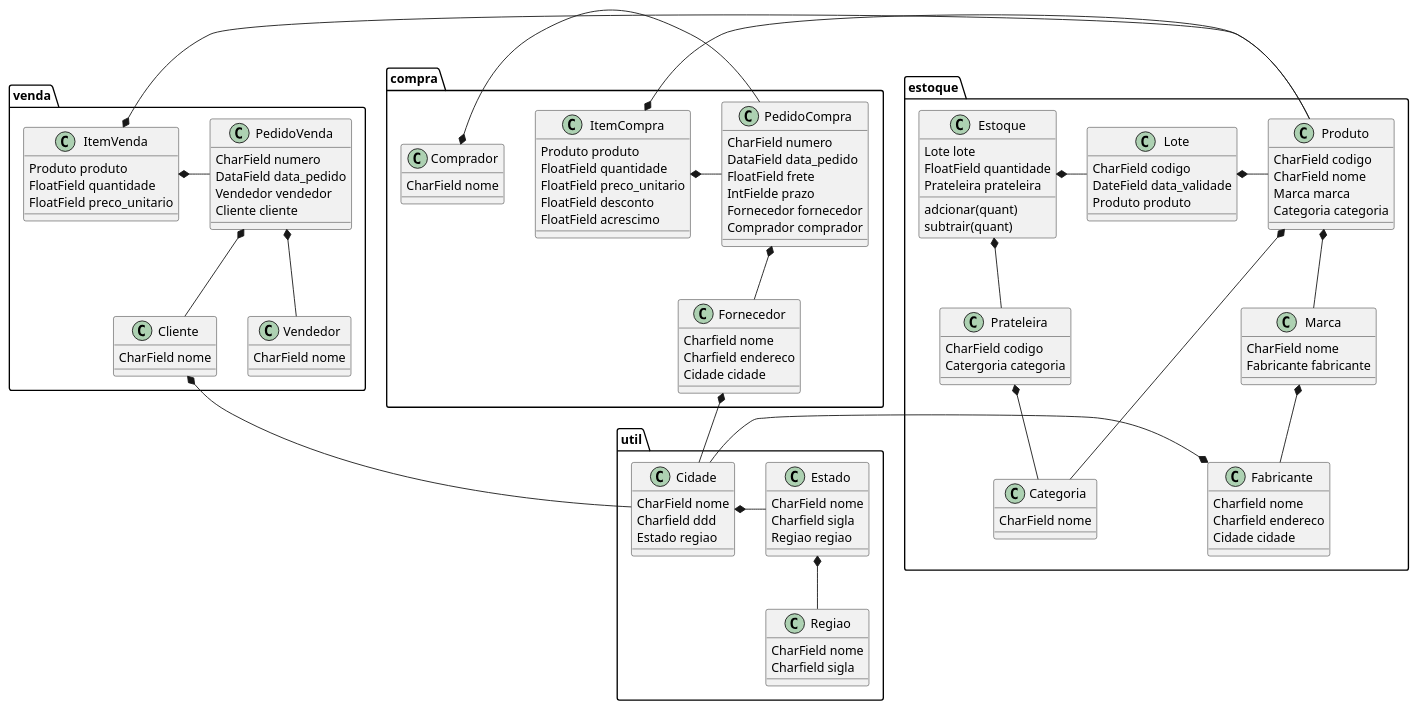
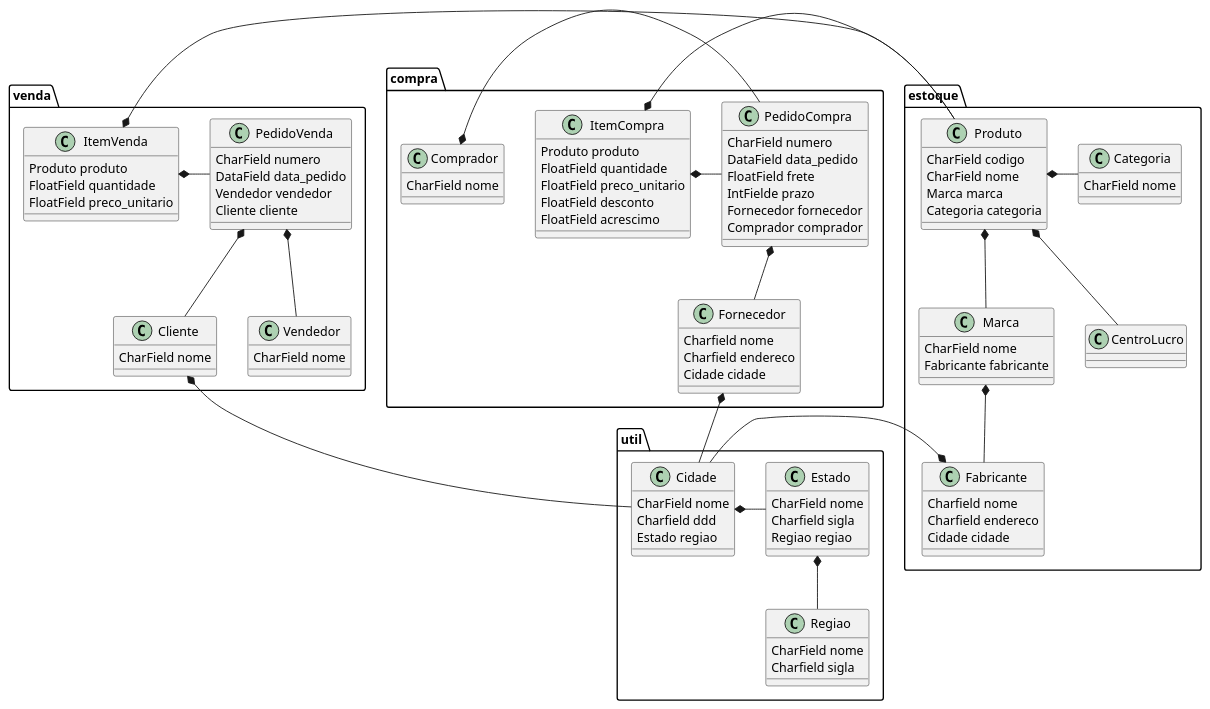
The diagram in modelo.plantuml (ivaneyvieira/erp), drawn with PlantUML before and after one commit. The commit also changed 49 other files, not shown here.

```diff
--- a/modelo.plantuml
+++ b/modelo.plantuml
@@ -1,141 +1,121 @@
 @startuml
 package util {
     class Regiao {
         CharField nome
         Charfield sigla
     }
 
     class Estado {
         CharField nome
         Charfield sigla
         Regiao regiao
     }
 
 
 
     class Cidade {
         CharField nome
         Charfield ddd
         Estado regiao
     }
 
     Estado  *-- Regiao
     Cidade  *- Estado 
 }
 
 package estoque {
     class Categoria {
         CharField nome
     }
-    class Prateleira{
-        CharField codigo
-        Catergoria categoria
-    }
-
-    class Lote {
-        CharField codigo
-        DateField data_validade
-        Produto produto
-    }
 
     class Produto{
         CharField codigo
         CharField nome
         Marca marca
         Categoria categoria
     }
 
     class Marca{
         CharField nome
         Fabricante fabricante
     }
 
     class Fabricante{
         Charfield nome
         Charfield endereco
         Cidade cidade
     }
 
-    class Estoque {
-        Lote lote
-        FloatField quantidade
-        Prateleira prateleira
-
-        adcionar(quant)
-        subtrair(quant)
-    }
-
-    Estoque *- Lote   
-    Estoque *-- Prateleira 
+    class CentroLucro
+    
+    Produto *--CentroLucro
     Produto *-- Marca  
-    Lote *- Produto
-    Prateleira *-- Categoria
-    Produto *-- Categoria  
+    Produto *- Categoria  
     Marca *-- Fabricante
     Fabricante *- Cidade
 }
 
 package compra {
     class PedidoCompra{
         CharField numero
         DataField data_pedido
         FloatField frete
         IntFielde prazo
         Fornecedor fornecedor
         Comprador comprador 
     }
 
     class ItemCompra{
         Produto produto
         FloatField quantidade
         FloatField preco_unitario
         FloatField desconto
         FloatField acrescimo
     }
 
     class Fornecedor{
         Charfield nome
         Charfield endereco
         Cidade cidade        
     }
 
     class Comprador{
         CharField nome
     }
 
     ItemCompra *- PedidoCompra
     ItemCompra *- Produto
     PedidoCompra *-- Fornecedor
     Fornecedor *-- Cidade
     Comprador *- PedidoCompra
 }
 
 package venda {
     class PedidoVenda{
         CharField numero
         DataField data_pedido
         Vendedor vendedor
         Cliente cliente
     }
 
     class ItemVenda{
         Produto produto
         FloatField quantidade
         FloatField preco_unitario
     }
 
     class Cliente{
         CharField nome
     }
 
     class Vendedor{
         CharField nome
     }
 
     ItemVenda *- PedidoVenda
     ItemVenda *- Produto
     PedidoVenda *-- Cliente
     PedidoVenda *-- Vendedor
     Cliente *- Cidade
 }
 @enduml
```
